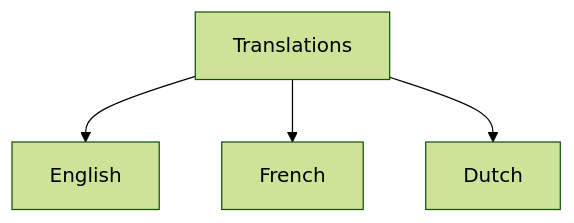
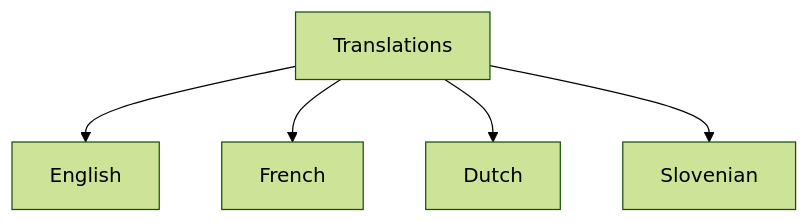
The third of 5 diagrams in DESIGN.md (xdubois-57/iwanttobe.be-paid), drawn with Mermaid (forest theme) before and after one commit. The commit also changed other lines of this file, not shown here.

Commit message:
docs: update design document with Slovenian support
- Add Slovenian to translation system diagram
- Update list of supported languages
- Update translation system documentation

````diff
--- a/DESIGN.md
+++ b/DESIGN.md
@@ -102,6 +102,7 @@
 ```mermaid
 graph TD
     T[Translations] --> EN[English]
     T --> FR[French]
     T --> NL[Dutch]
+    T --> SL[Slovenian]
 ```
````
